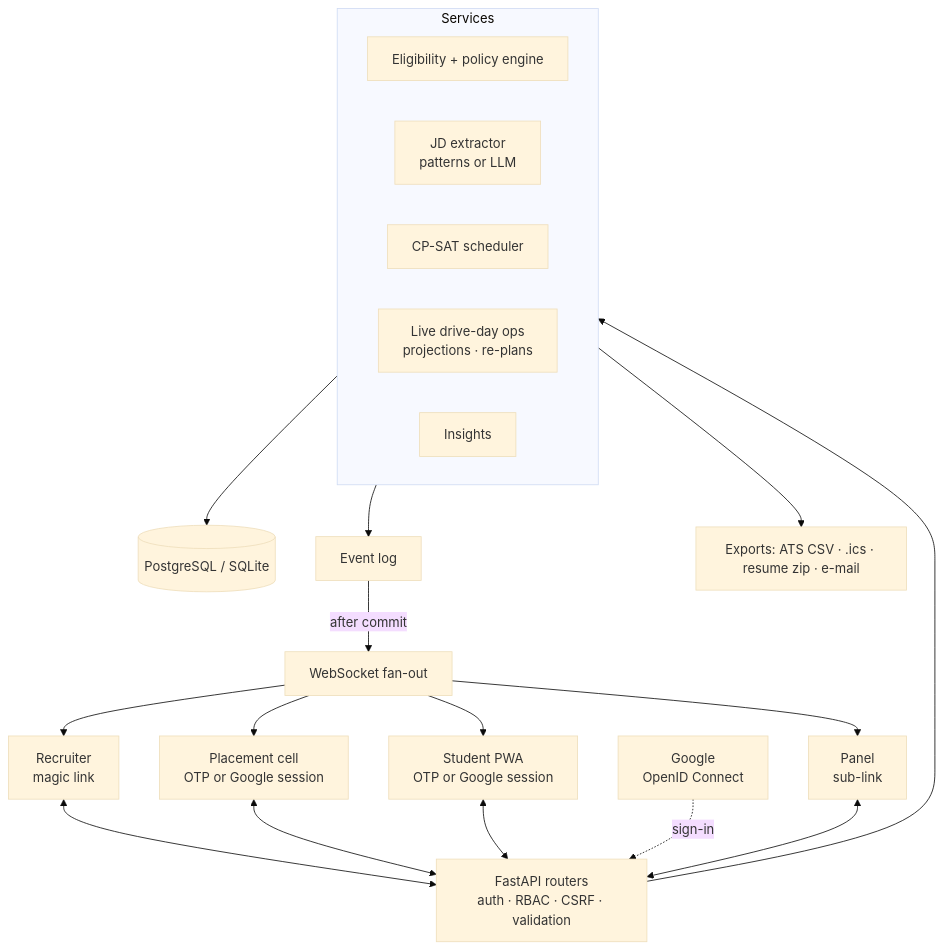
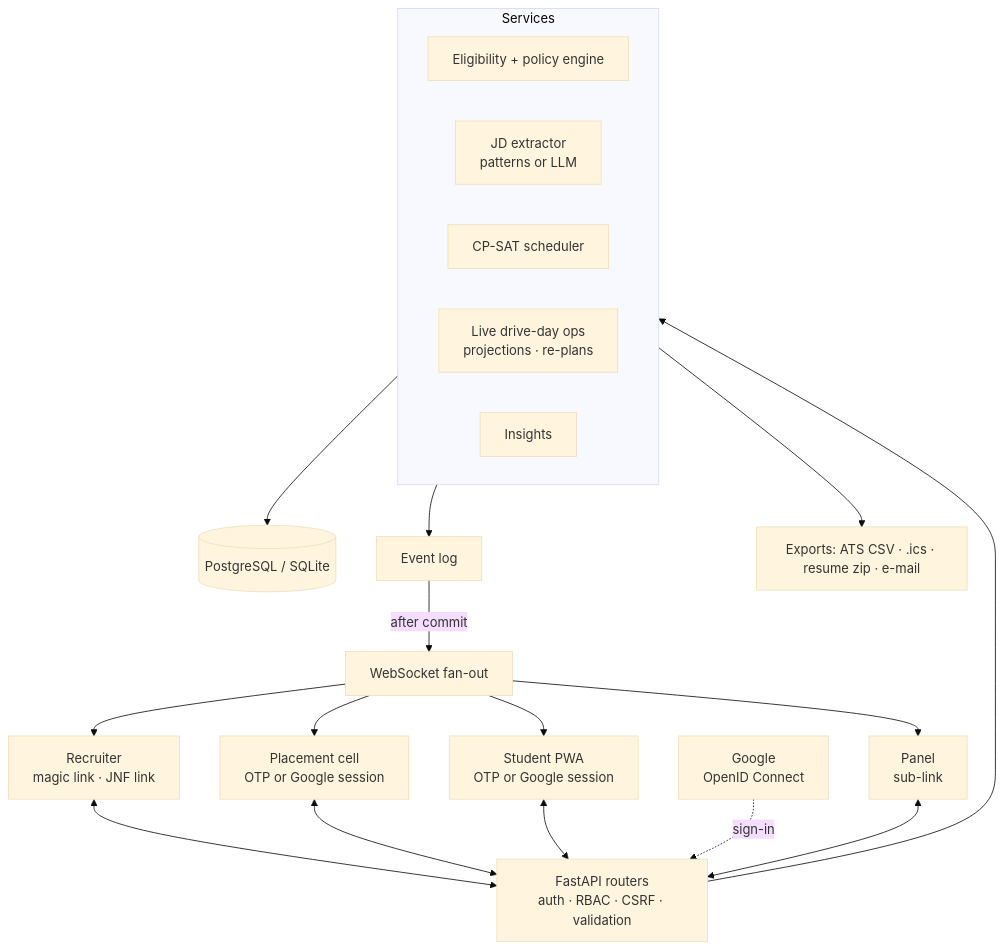
The diagram in docs/architecture.md (eashaanmano/HireFlo), drawn with Mermaid (base theme) before and after one commit. The commit also changed other lines of this file and 10 other files, not shown here.

````diff
--- a/docs/architecture.md
+++ b/docs/architecture.md
@@ -5,21 +5,21 @@
 ```mermaid
 flowchart TB
-  R[Recruiter<br/>magic link] <--> API
+  R[Recruiter<br/>magic link · JNF link] <--> API
   C[Placement cell<br/>OTP or Google session] <--> API
   S[Student PWA<br/>OTP or Google session] <--> API
   G[Google<br/>OpenID Connect] -. sign-in .-> API
   P[Panel<br/>sub-link] <--> API
   API[FastAPI routers<br/>auth · RBAC · CSRF · validation] --> SVC
   subgraph SVC[Services]
     E[Eligibility + policy engine]
     J[JD extractor<br/>patterns or LLM]
     X[CP-SAT scheduler]
     L[Live drive-day ops<br/>projections · re-plans]
     I[Insights]
   end
   SVC --> DB[(PostgreSQL / SQLite)]
   SVC --> EV[Event log]
   EV -->|after commit| WS[WebSocket fan-out]
   WS --> R & C & S & P
   SVC --> OUT[Exports: ATS CSV · .ics · resume zip · e-mail]
 ```
````
